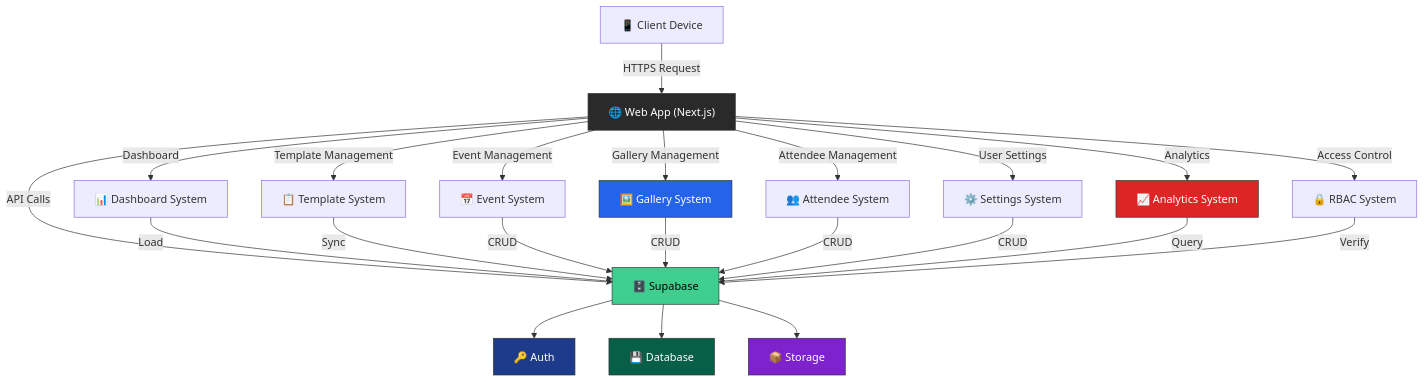
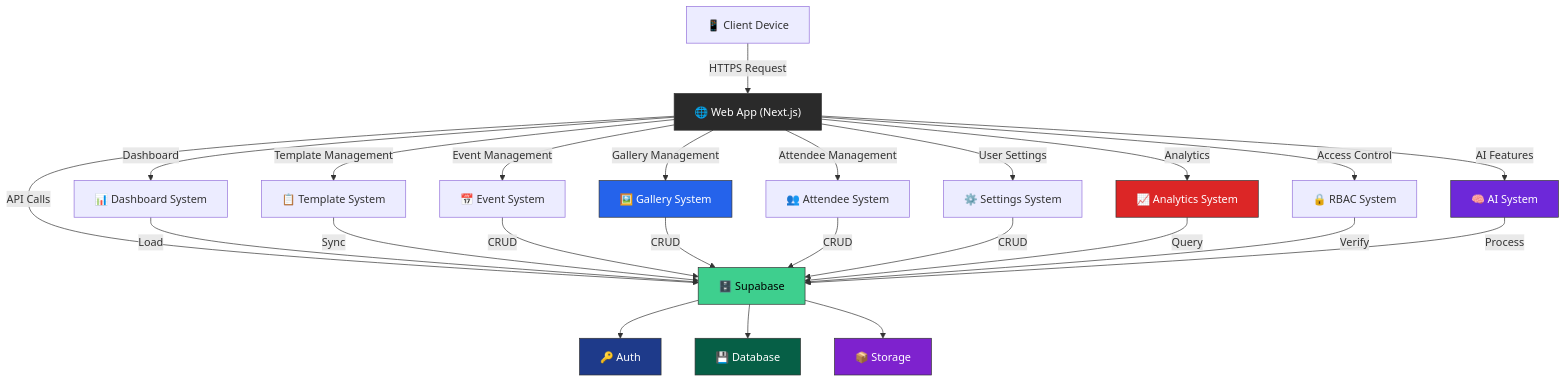
Before and after one commit to mrj0nesmtl/cloud-burst: the first of 3 diagrams in README.md, drawn with Mermaid. The commit also changed other lines of this file and 43 other files, not shown here.

````diff
--- a/README.md
+++ b/README.md
@@ -104,34 +113,37 @@
 ```mermaid
 graph TD
     Client["📱 Client Device"] -->|"HTTPS Request"| WebApp["🌐 Web App (Next.js)"]
     WebApp -->|"API Calls"| Supabase["🗄️ Supabase"]
     WebApp -->|"Dashboard"| Dashboard["📊 Dashboard System"]
     WebApp -->|"Template Management"| Templates["📋 Template System"]
     WebApp -->|"Event Management"| Events["📅 Event System"]
     WebApp -->|"Gallery Management"| Gallery["🖼️ Gallery System"]
     WebApp -->|"Attendee Management"| Attendees["👥 Attendee System"]
     WebApp -->|"User Settings"| Settings["⚙️ Settings System"]
     WebApp -->|"Analytics"| Analytics["📈 Analytics System"]
     WebApp -->|"Access Control"| RBAC["🔒 RBAC System"]
+    WebApp -->|"AI Features"| AI["🧠 AI System"]
     
     Dashboard -->|"Load"| Supabase
     Templates -->|"Sync"| Supabase
     Events -->|"CRUD"| Supabase
     Gallery -->|"CRUD"| Supabase
     Attendees -->|"CRUD"| Supabase
     Settings -->|"CRUD"| Supabase
     Analytics -->|"Query"| Supabase
     RBAC -->|"Verify"| Supabase
+    AI -->|"Process"| Supabase
     
     Supabase --> Auth["🔑 Auth"]
     Supabase --> Database["💾 Database"]
     Supabase --> Storage["📦 Storage"]
     
     style WebApp fill:#2A2A2A,stroke:#333,color:#fff
     style Supabase fill:#3ECF8E,stroke:#333,color:#000
     style Auth fill:#1E3A8A,stroke:#333,color:#fff
     style Database fill:#065F46,stroke:#333,color:#fff
     style Storage fill:#7E22CE,stroke:#333,color:#fff
     style Analytics fill:#DC2626,stroke:#333,color:#fff
     style Gallery fill:#2563EB,stroke:#333,color:#fff
+    style AI fill:#6D28D9,stroke:#333,color:#fff
 ```
````
